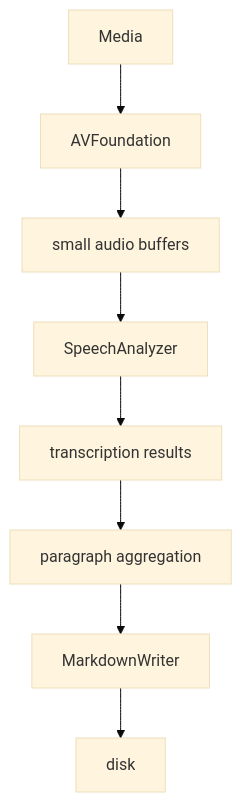
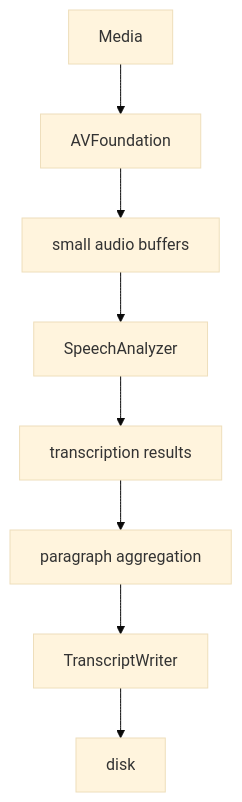
One commit to marcos-gamazo/video-transcriptor changed the first of 2 diagrams in AGENTS.md. Above: the diagram before and after it, drawn with Mermaid (base theme). The commit also changed other lines of this file and 4 other files, not shown here.

````diff
--- a/AGENTS.md
+++ b/AGENTS.md
@@ -116,10 +116,10 @@
 ```mermaid
 flowchart TD
     Media --> AVFoundation
     AVFoundation --> SmallAudioBuffers[small audio buffers]
     SmallAudioBuffers --> SpeechAnalyzer
     SpeechAnalyzer --> TranscriptionResults[transcription results]
     TranscriptionResults --> ParagraphAggregation[paragraph aggregation]
-    ParagraphAggregation --> MarkdownWriter
-    MarkdownWriter --> Disk[disk]
+    ParagraphAggregation --> TranscriptWriter
+    TranscriptWriter --> Disk[disk]
 ```
````
